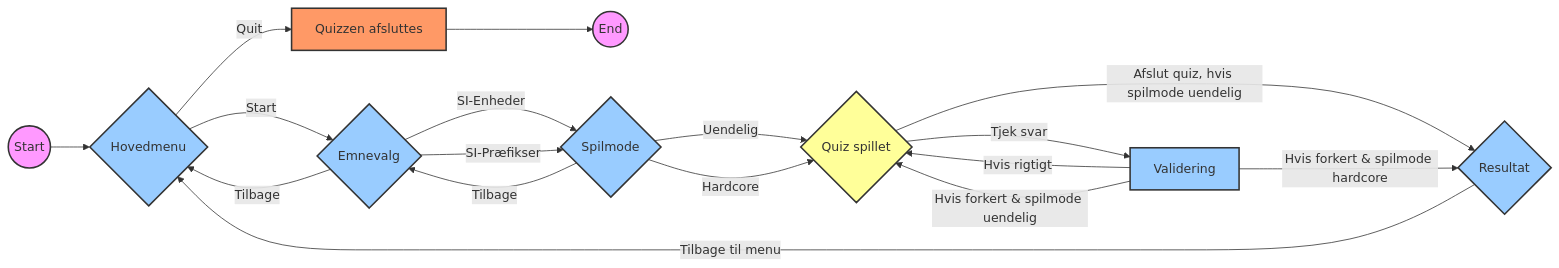
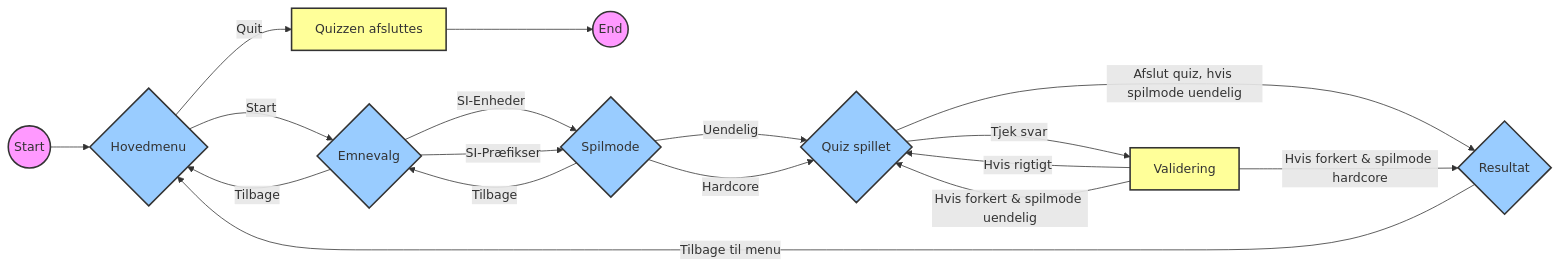
Before and after one commit to mjdvisualz/fysik-quiz-app: the diagram in README.md, drawn with Mermaid.

````diff
--- a/README.md
+++ b/README.md
@@ -16,29 +16,29 @@
 ```mermaid
 graph LR
     style A fill:#f9f,stroke:#333,stroke-width:2px
     style E fill:#f9f,stroke:#333,stroke-width:2px
     style B fill:#9cf,stroke:#333,stroke-width:2px
     style C fill:#9cf,stroke:#333,stroke-width:2px
-    style D fill:#f96,stroke:#333,stroke-width:2px
+    style D fill:#ff9,stroke:#333,stroke-width:2px
     style F fill:#9cf,stroke:#333,stroke-width:2px
-    style G fill:#ff9,stroke:#333,stroke-width:2px
-    style H fill:#9cf,stroke:#333,stroke-width:2px
+    style G fill:#9cf,stroke:#333,stroke-width:2px
+    style H fill:#ff9,stroke:#333,stroke-width:2px
     style I fill:#9cf,stroke:#333,stroke-width:2px
 
     A((Start)) --> B{Hovedmenu}
     B -->|Start| C{Emnevalg}
     B -->|Quit| D[Quizzen afsluttes]
     D --> E((End))
     C --> |SI-Enheder| F{Spilmode}
     C --> |SI-Præfikser| F
     C --> |Tilbage| B
     F --> |Uendelig| G{Quiz spillet}
     F --> |Hardcore| G
     F --> |Tilbage| C
     G --> |Tjek svar| H[Validering]
     G --> |Afslut quiz, hvis spilmode uendelig| I{Resultat}
     H --> |Hvis rigtigt| G
     H --> |Hvis forkert & spilmode uendelig| G
     H --> |Hvis forkert & spilmode hardcore| I
     I --> |Tilbage til menu| B
 ```
````
